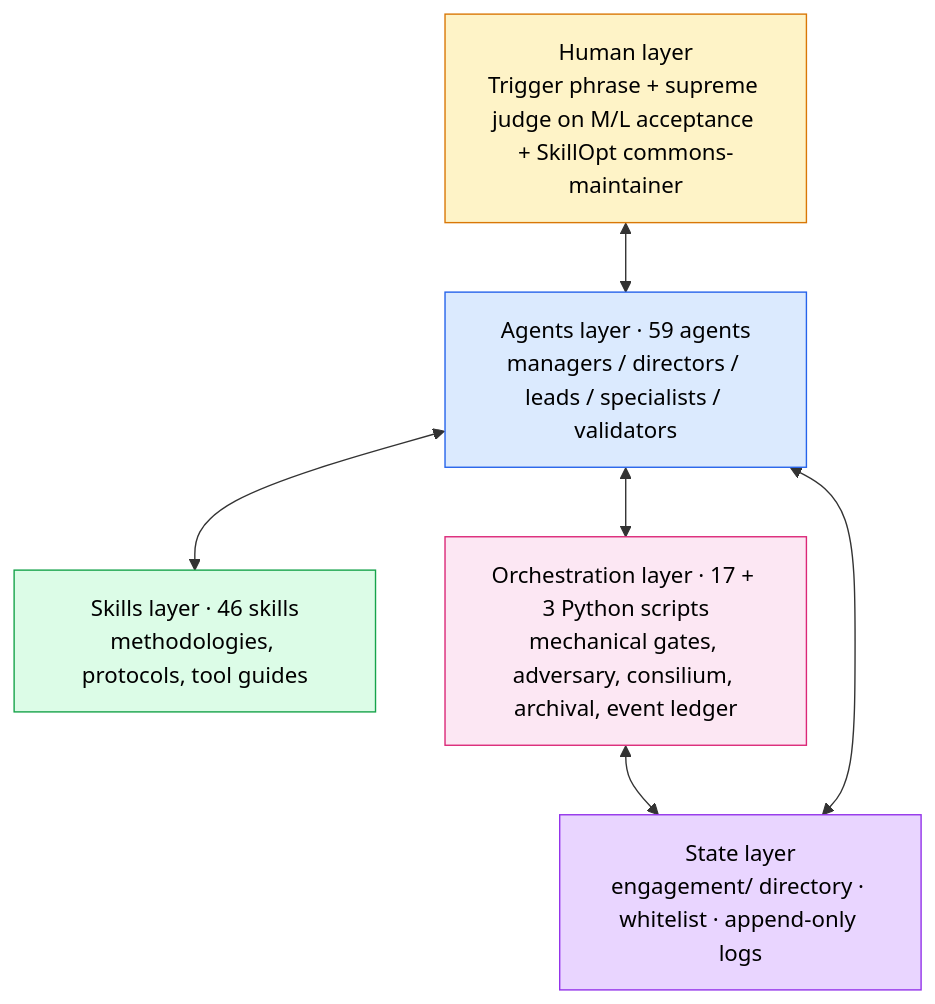
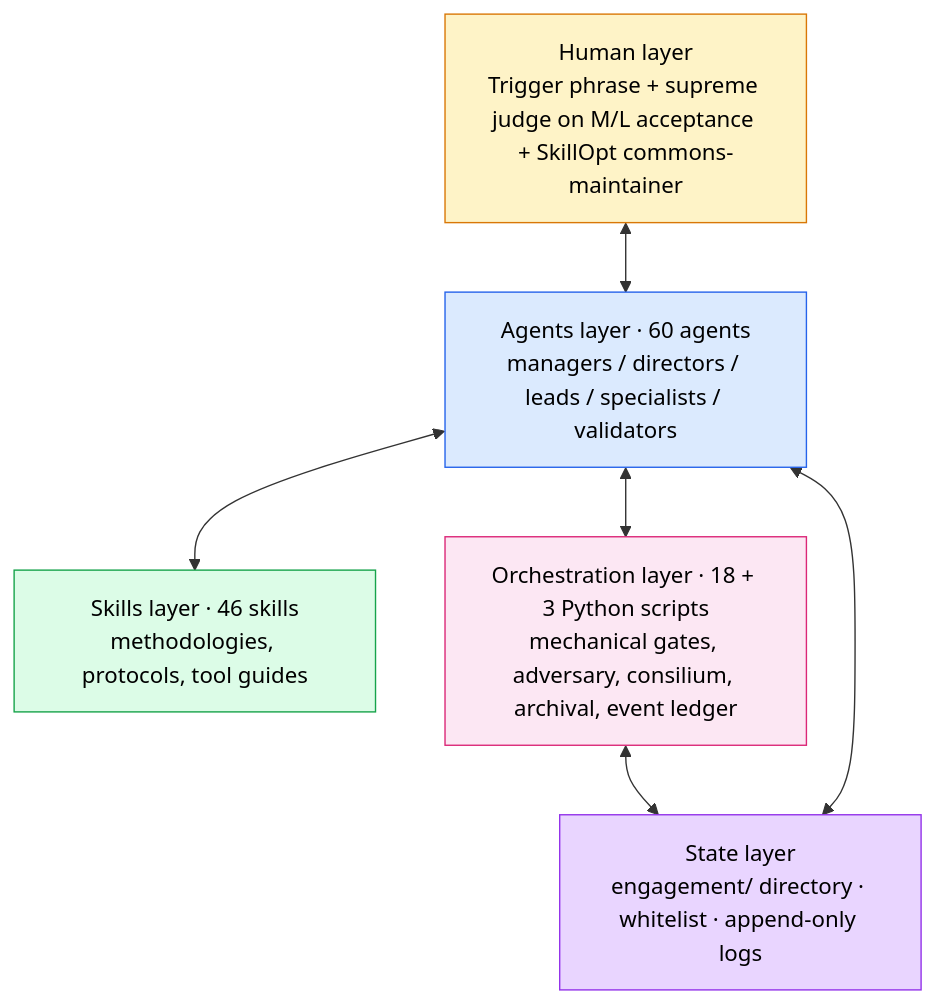
Before and after one commit to AgentShekel/agentic-workflow: the first of 2 diagrams in README.md, drawn with Mermaid. The commit also changed other lines of this file and 18 other files, not shown here.

````diff
--- a/README.md
+++ b/README.md
@@ -26,26 +26,26 @@
 ```mermaid
 flowchart TB
     H["Human layer<br/>Trigger phrase + supreme judge on M/L acceptance + SkillOpt commons-maintainer"]
-    A["Agents layer · 59 agents<br/>managers / directors / leads / specialists / validators"]
+    A["Agents layer · 60 agents<br/>managers / directors / leads / specialists / validators"]
     S["Skills layer · 46 skills<br/>methodologies, protocols, tool guides"]
-    O["Orchestration layer · 17 + 3 Python scripts<br/>mechanical gates, adversary, consilium, archival, event ledger"]
+    O["Orchestration layer · 18 + 3 Python scripts<br/>mechanical gates, adversary, consilium, archival, event ledger"]
     St["State layer<br/>engagement/ directory · whitelist · append-only logs"]
 
     H <--> A
     A <--> S
     A <--> O
     O <--> St
     A <--> St
 
     classDef human fill:#fef3c7,stroke:#d97706,color:#000
     classDef agents fill:#dbeafe,stroke:#2563eb,color:#000
     classDef skills fill:#dcfce7,stroke:#16a34a,color:#000
     classDef orch fill:#fce7f3,stroke:#db2777,color:#000
     classDef state fill:#e9d5ff,stroke:#9333ea,color:#000
 
     class H human
     class A agents
     class S skills
     class O orch
     class St state
 ```
````
